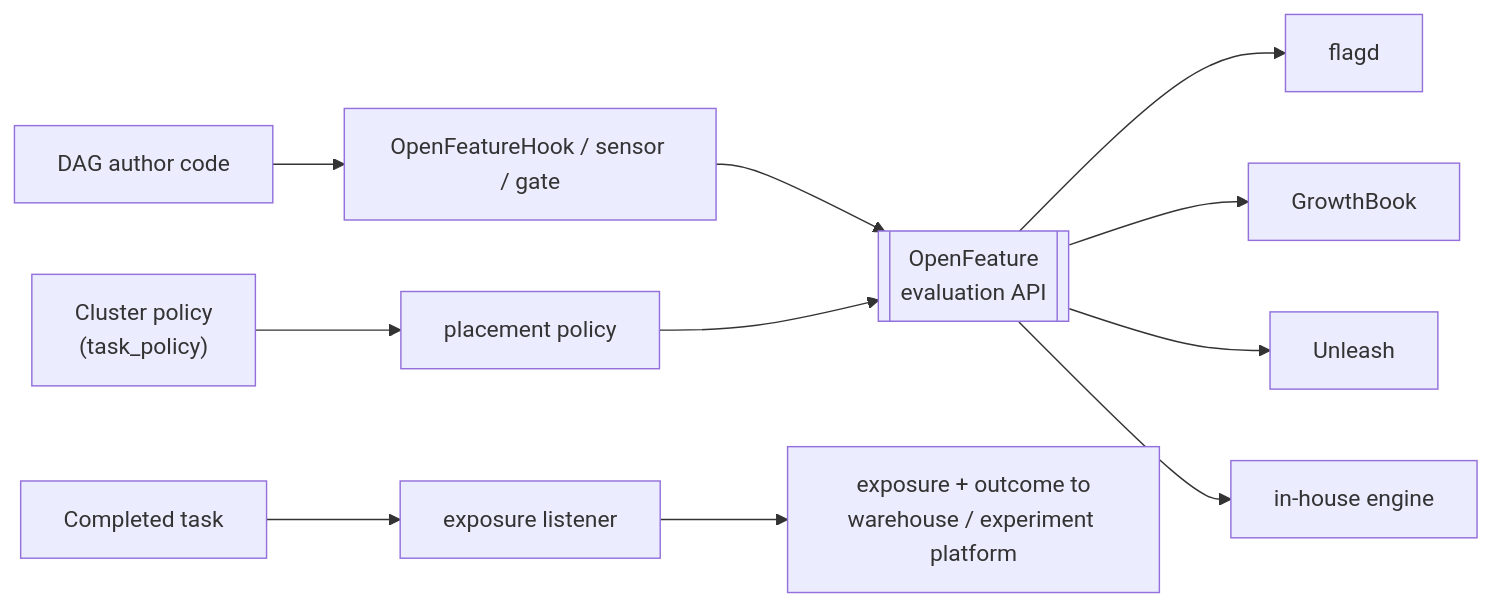
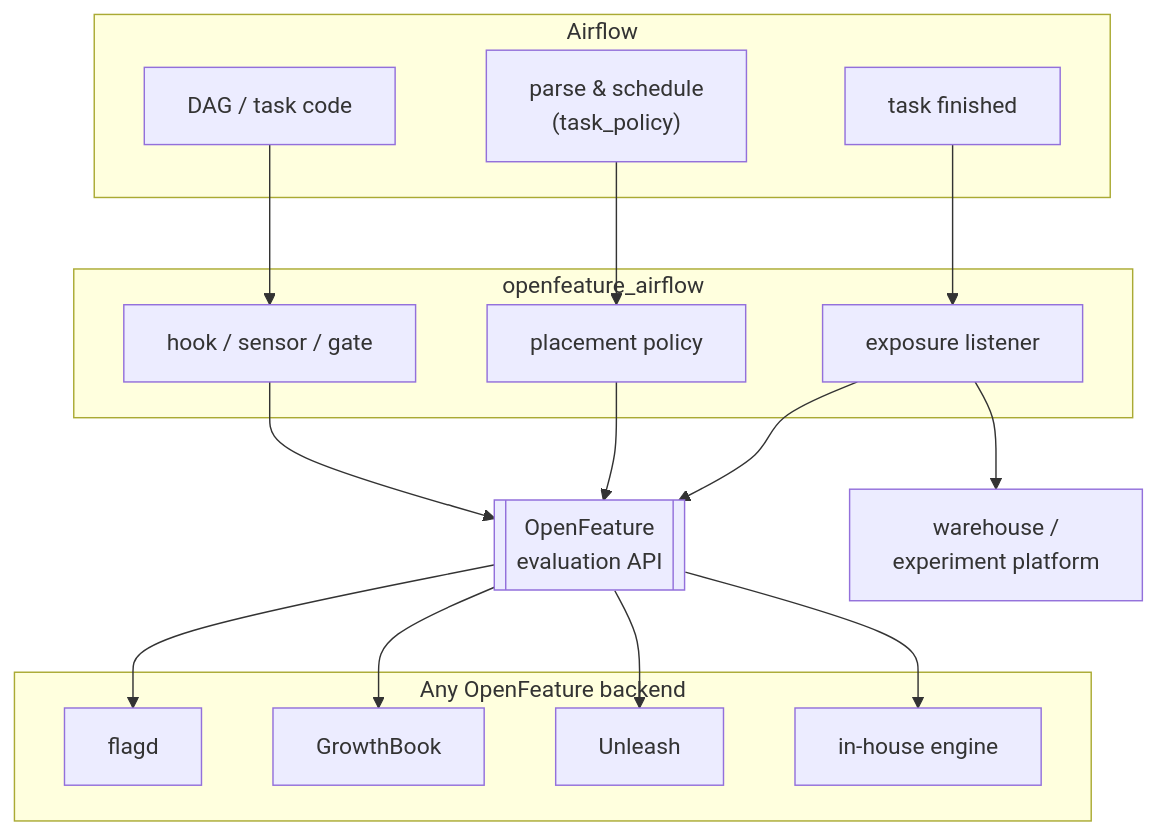
The first of 2 diagrams in README.md (1fanwang/airflow-provider-openfeature), drawn with Mermaid before and after one commit. The commit also changed other lines of this file and 10 other files, not shown here.

````diff
--- a/README.md
+++ b/README.md
@@ -170,10 +181,27 @@
 ```mermaid
-flowchart LR
-    author["DAG author code"] --> hook["OpenFeatureHook / sensor / gate"]
-    policy["Cluster policy<br/>(task_policy)"] --> place["placement policy"]
-    runs["Completed task"] --> listen["exposure listener"]
-    hook --> API[["OpenFeature<br/>evaluation API"]]
-    place --> API
-    API --> flagd & GrowthBook & Unleash & inhouse["in-house engine"]
-    listen --> measure["exposure + outcome to<br/>warehouse / experiment platform"]
+flowchart TB
+    subgraph airflow["Airflow"]
+        author["DAG / task code"]
+        parse["parse & schedule<br/>(task_policy)"]
+        done["task finished"]
+    end
+    subgraph pkg["openfeature_airflow"]
+        hook["hook / sensor / gate"]
+        policy["placement policy"]
+        listener["exposure listener"]
+    end
+    api[["OpenFeature<br/>evaluation API"]]
+    subgraph backends["Any OpenFeature backend"]
+        flagd["flagd"]
+        gb["GrowthBook"]
+        unleash["Unleash"]
+        inhouse["in-house engine"]
+    end
+    measure["warehouse /<br/>experiment platform"]
+
+    author --> hook --> api
+    parse --> policy --> api
+    done --> listener --> api
+    api --> flagd & gb & unleash & inhouse
+    listener --> measure
 ```
````
